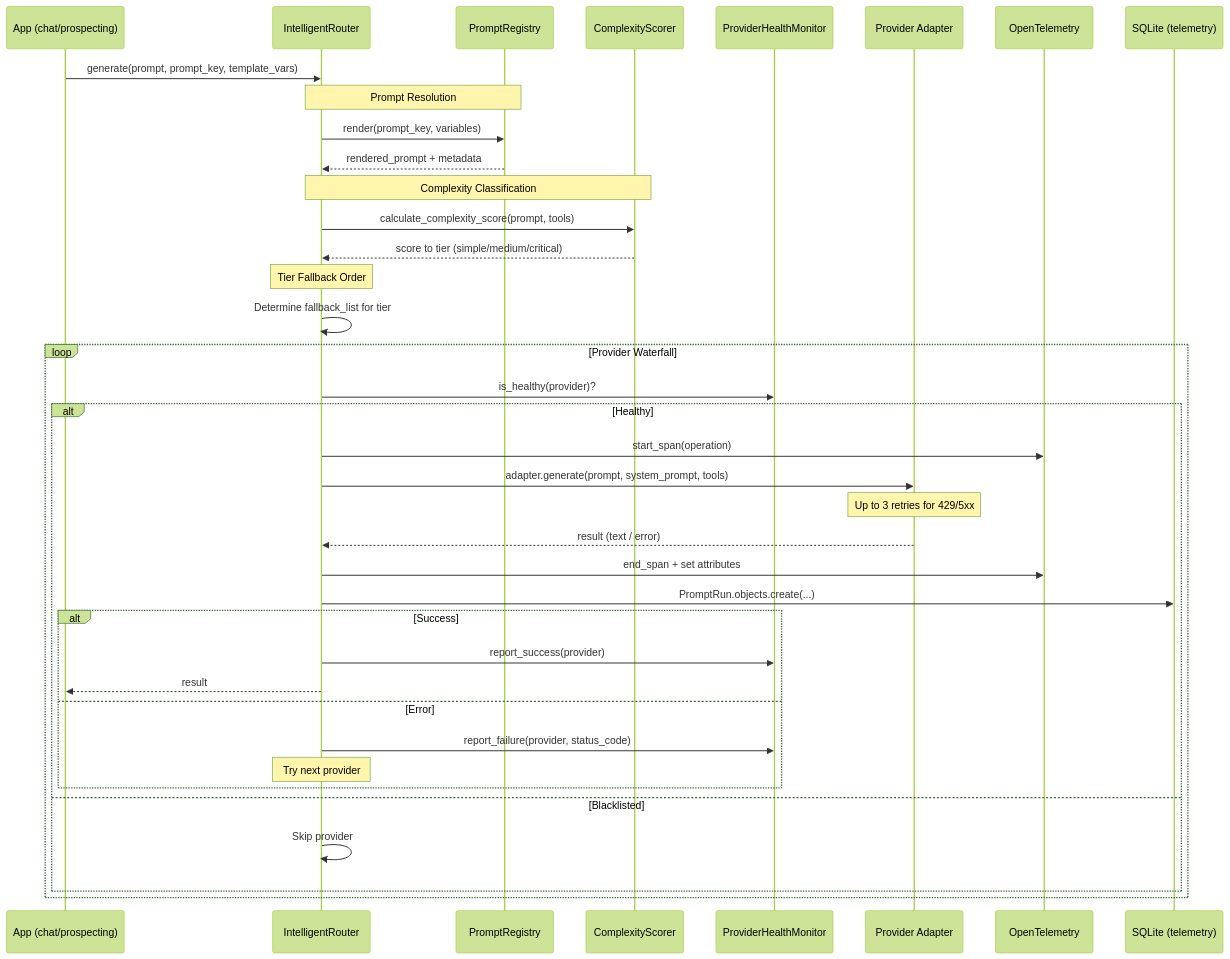
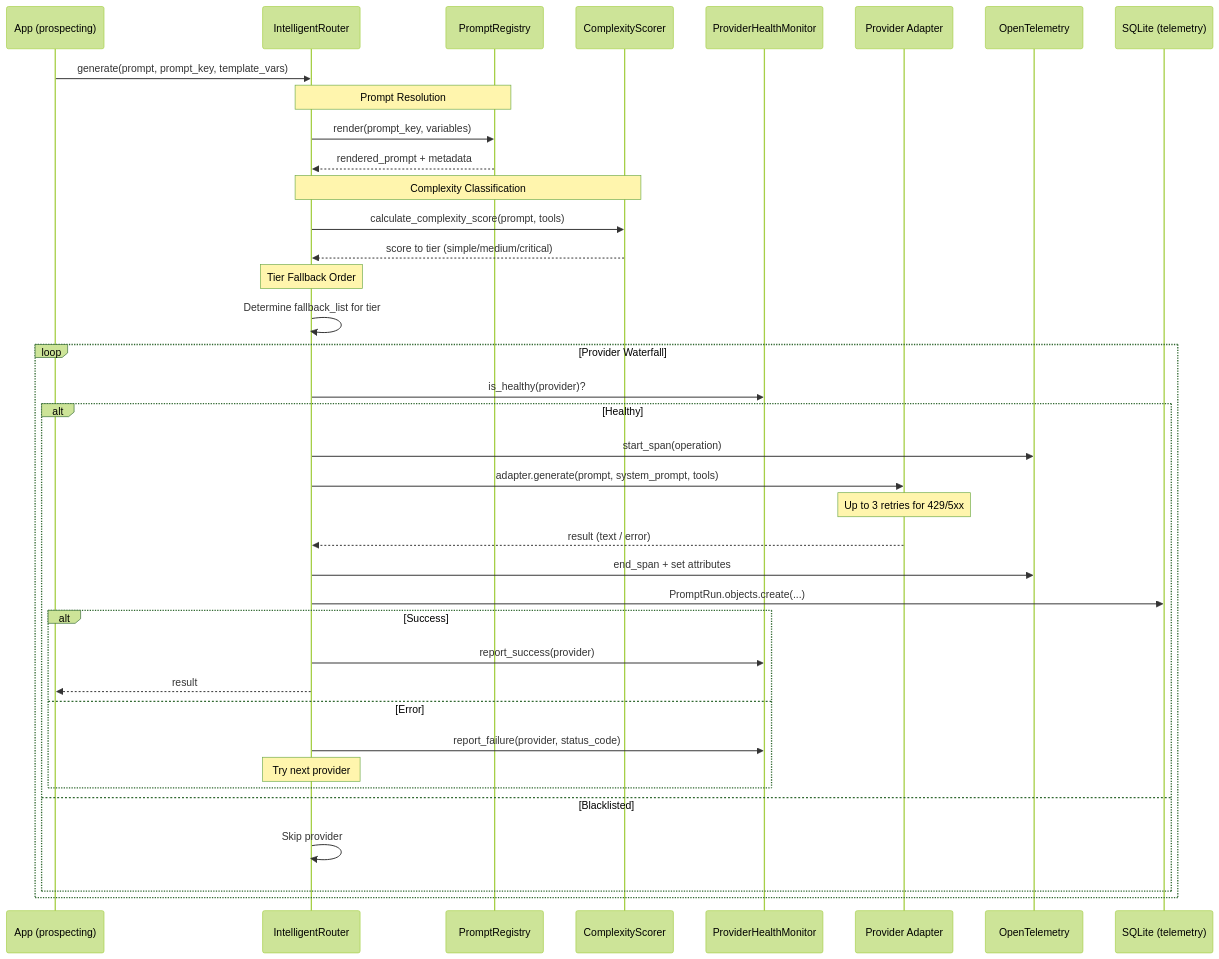
One commit to Ingenuity07/nomad-bot changed the third of 11 diagrams in README.md. Above: the diagram before and after it, drawn with Mermaid (forest theme). The commit also changed other lines of this file, not shown here.

Commit message:
docs: update README.md to reflect prospecting-only architecture

````diff
--- a/README.md
+++ b/README.md
@@ -349,45 +312,45 @@
 ```mermaid
 sequenceDiagram
-    participant Caller as App (chat/prospecting)
+    participant Caller as App (prospecting)
     participant Router as IntelligentRouter
     participant Registry as PromptRegistry
     participant Scorer as ComplexityScorer
     participant Health as ProviderHealthMonitor
     participant Adapter as Provider Adapter
     participant OTel as OpenTelemetry
     participant DB as SQLite (telemetry)
 
     Caller->>Router: generate(prompt, prompt_key, template_vars)
     
     Note over Router,Registry: Prompt Resolution
     Router->>Registry: render(prompt_key, variables)
     Registry-->>Router: rendered_prompt + metadata
 
     Note over Router,Scorer: Complexity Classification
     Router->>Scorer: calculate_complexity_score(prompt, tools)
     Scorer-->>Router: score to tier (simple/medium/critical)
 
     Note over Router: Tier Fallback Order
     Router->>Router: Determine fallback_list for tier
 
     loop Provider Waterfall
         Router->>Health: is_healthy(provider)?
         alt Healthy
             Router->>OTel: start_span(operation)
             Router->>Adapter: adapter.generate(prompt, system_prompt, tools)
             Note over Adapter: Up to 3 retries for 429/5xx
             Adapter-->>Router: result (text / error)
             Router->>OTel: end_span + set attributes
             Router->>DB: PromptRun.objects.create(...)
             alt Success
                 Router->>Health: report_success(provider)
                 Router-->>Caller: result
             else Error
                 Router->>Health: report_failure(provider, status_code)
                 Note over Router: Try next provider
             end
         else Blacklisted
             Router->>Router: Skip provider
         end
     end
 ```
````
